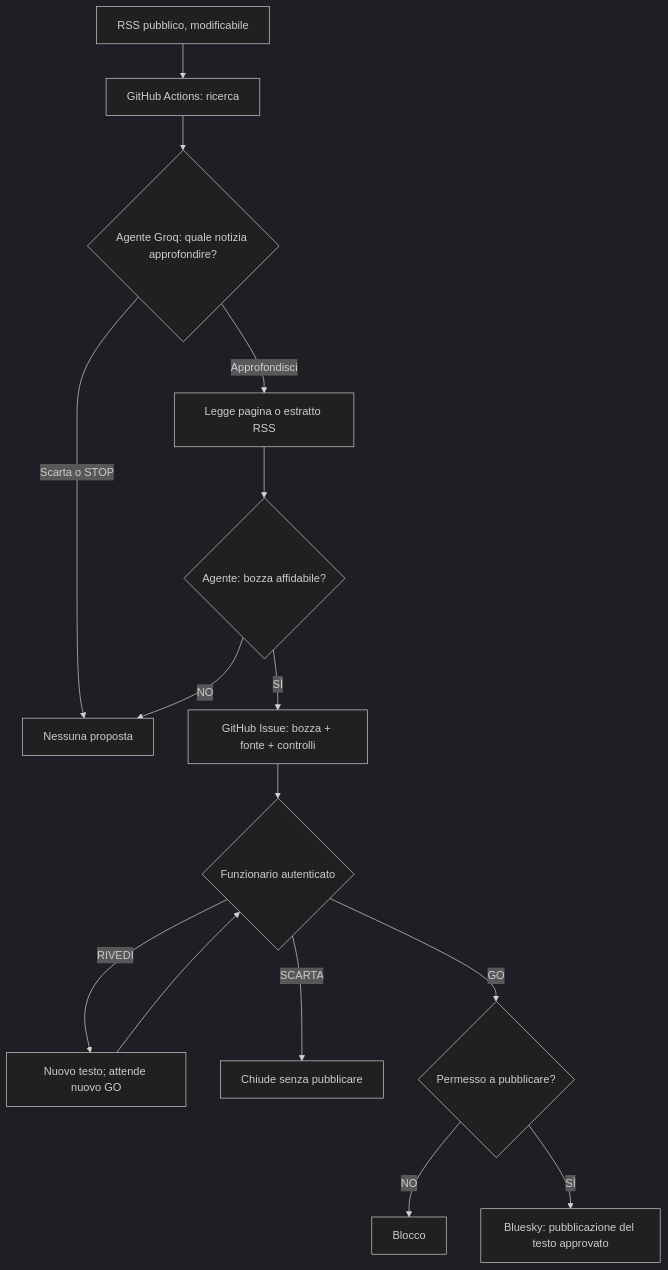
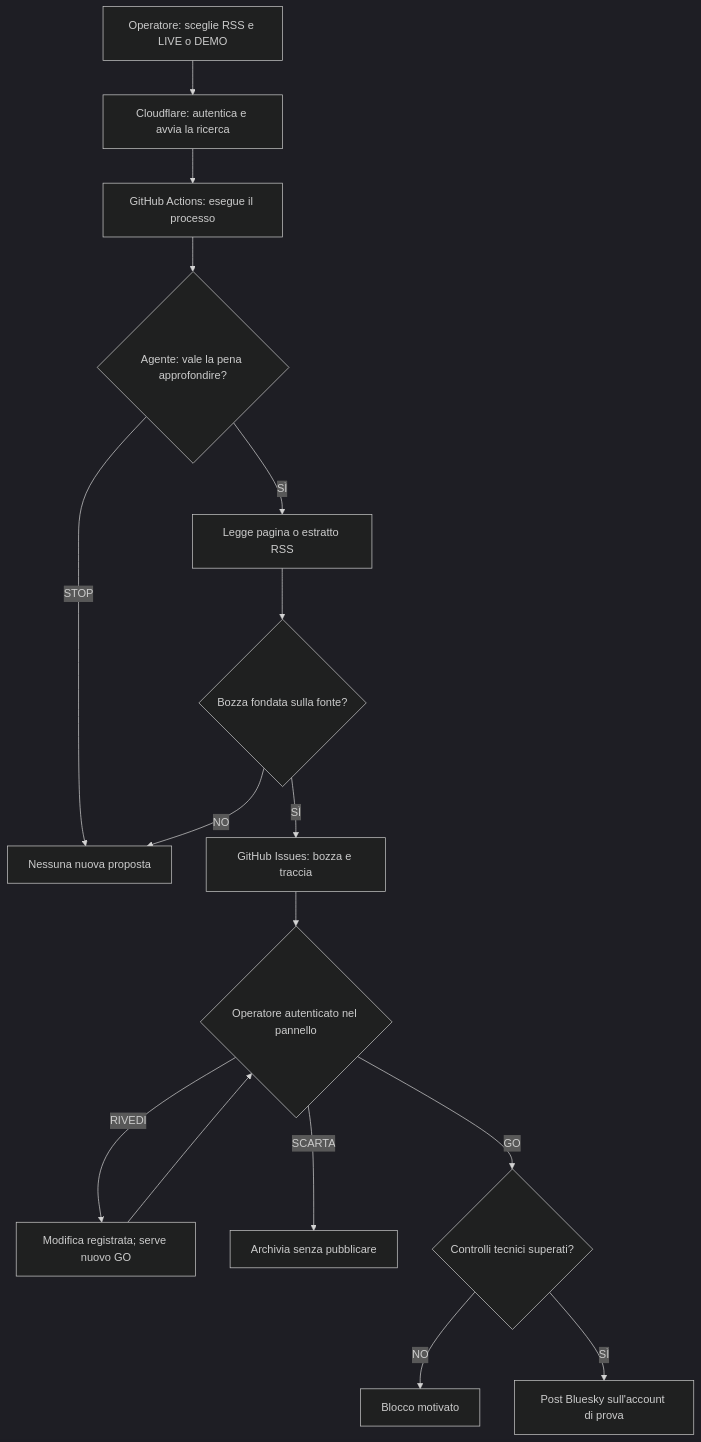
Before and after one commit to gigicogo/Redazione-PA-Agentica: the diagram in README.md, drawn with Mermaid (dark theme). The commit also changed other lines of this file, not shown here.

````diff
--- a/README.md
+++ b/README.md
@@ -11,17 +28,18 @@
 ```mermaid
 flowchart TD
-    A[RSS pubblico, modificabile] --> B[GitHub Actions: ricerca]
-    B --> C{Agente Groq: quale notizia approfondire?}
-    C -->|Scarta o STOP| D[Nessuna proposta]
-    C -->|Approfondisci| E[Legge pagina o estratto RSS]
-    E --> F{Agente: bozza affidabile?}
-    F -->|NO| D
-    F -->|SÌ| G[GitHub Issue: bozza + fonte + controlli]
-    G --> H{Funzionario autenticato}
-    H -->|RIVEDI| I[Nuovo testo; attende nuovo GO]
-    I --> H
-    H -->|SCARTA| J[Chiude senza pubblicare]
-    H -->|GO| K{Permesso a pubblicare?}
-    K -->|NO| L[Blocco]
-    K -->|SÌ| M[Bluesky: pubblicazione del testo approvato]
+    A[Operatore: sceglie RSS e LIVE o DEMO] --> B[Cloudflare: autentica e avvia la ricerca]
+    B --> C[GitHub Actions: esegue il processo]
+    C --> D{Agente: vale la pena approfondire?}
+    D -->|STOP| E[Nessuna nuova proposta]
+    D -->|SÌ| F[Legge pagina o estratto RSS]
+    F --> G{Bozza fondata sulla fonte?}
+    G -->|NO| E
+    G -->|SÌ| H[GitHub Issues: bozza e traccia]
+    H --> I{Operatore autenticato nel pannello}
+    I -->|RIVEDI| J[Modifica registrata; serve nuovo GO]
+    J --> I
+    I -->|SCARTA| K[Archivia senza pubblicare]
+    I -->|GO| L{Controlli tecnici superati?}
+    L -->|NO| M[Blocco motivato]
+    L -->|SÌ| N[Post Bluesky sull'account di prova]
 ```
````
